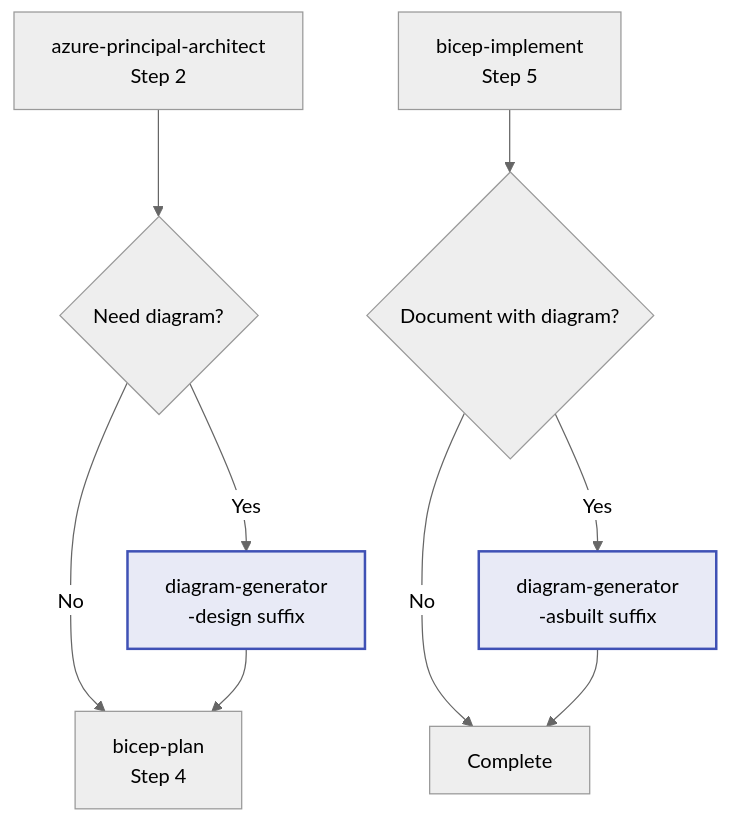
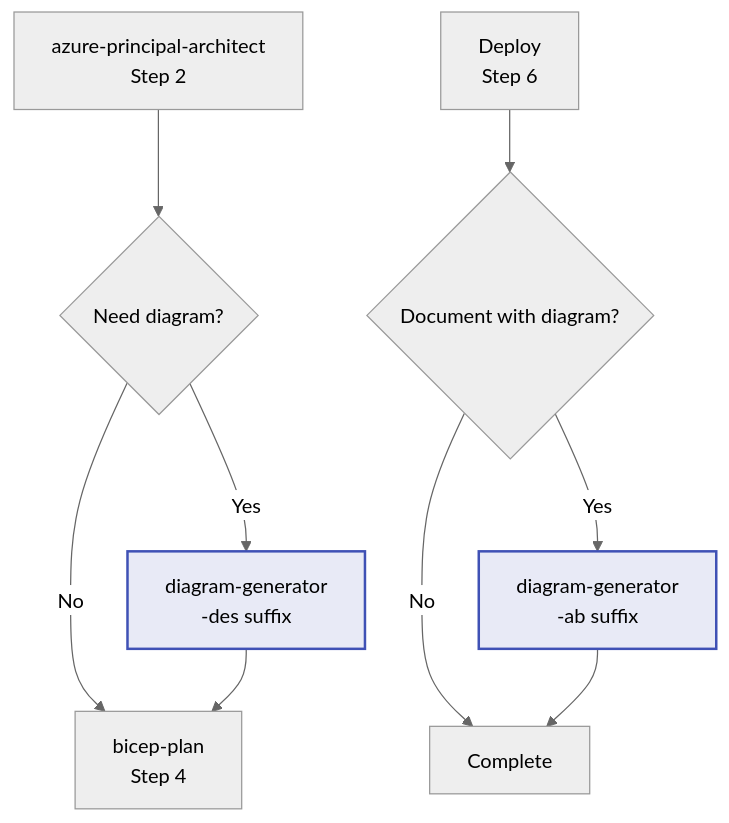
Before and after one commit to SmitaCnovate/azure-agentic-infraops: the diagram in .github/agents/diagram-generator.agent.md, drawn with Mermaid. The commit also changed other lines of this file and 21 other files, not shown here.

First line of the commit message:
feat!: Standardize 7-step workflow with -des/-ab suffixes

````diff
--- a/.github/agents/diagram-generator.agent.md
+++ b/.github/agents/diagram-generator.agent.md
@@ -315,15 +315,15 @@
 ```mermaid
 %%{init: {'theme':'neutral'}}%%
 graph TD
     A[azure-principal-architect<br/>Step 2] --> D{Need diagram?}
-    D -->|Yes| G[diagram-generator<br/>-design suffix]
+    D -->|Yes| G[diagram-generator<br/>-des suffix]
     D -->|No| B[bicep-plan<br/>Step 4]
     G --> B
-    I[bicep-implement<br/>Step 5] --> F{Document with diagram?}
-    F -->|Yes| G2[diagram-generator<br/>-asbuilt suffix]
+    DEP[Deploy<br/>Step 6] --> F{Document with diagram?}
+    F -->|Yes| G2[diagram-generator<br/>-ab suffix]
     F -->|No| Done[Complete]
     G2 --> Done
 
     style G fill:#e8eaf6,stroke:#3f51b5,stroke-width:2px
     style G2 fill:#e8eaf6,stroke:#3f51b5,stroke-width:2px
 ```
````
